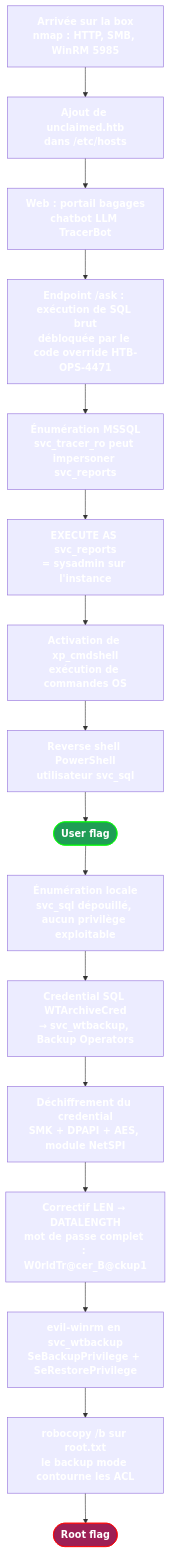
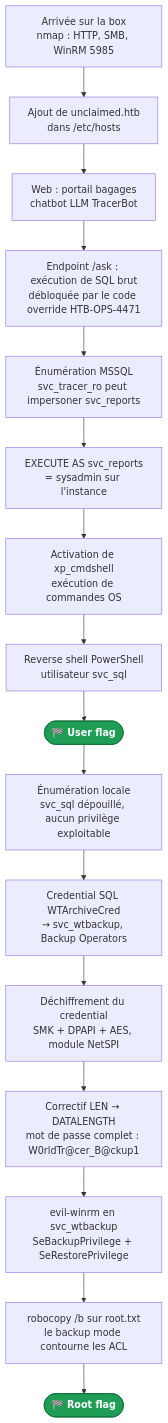
The diagram in Write Ups HTB/Unclaimed/Unclaimed.md (ecenxamm/TGE), drawn with Mermaid before and after one commit. The commit also changed other lines of this file, not shown here.

Commit message:
Unclaimed Root Flag correctif 3

````diff
--- a/Write Ups HTB/Unclaimed/Unclaimed.md
+++ b/Write Ups HTB/Unclaimed/Unclaimed.md
@@ -275,24 +259,22 @@
 ```mermaid
 flowchart TD
     A["Arrivée sur la box<br/>nmap : HTTP, SMB, WinRM 5985"] --> B["Ajout de unclaimed.htb<br/>dans /etc/hosts"]
     B --> C["Web : portail bagages<br/>chatbot LLM TracerBot"]
     C --> D["Endpoint /ask : exécution de SQL brut<br/>débloquée par le code override HTB-OPS-4471"]
     D --> E["Énumération MSSQL<br/>svc_tracer_ro peut impersoner svc_reports"]
     E --> F["EXECUTE AS svc_reports<br/>= sysadmin sur l'instance"]
     F --> G["Activation de xp_cmdshell<br/>exécution de commandes OS"]
     G --> H["Reverse shell PowerShell<br/>utilisateur svc_sql"]
-    H --> U(["User flag"])
+    H --> U(["🏁 User flag"])
 
     U --> I["Énumération locale<br/>svc_sql dépouillé, aucun privilège exploitable"]
     I --> J["Credential SQL WTArchiveCred<br/>→ svc_wtbackup, Backup Operators"]
     J --> K["Déchiffrement du credential<br/>SMK + DPAPI + AES, module NetSPI"]
     K --> L["Correctif LEN → DATALENGTH<br/>mot de passe complet : W0rldTr@cer_B@ckup1"]
     L --> M["evil-winrm en svc_wtbackup<br/>SeBackupPrivilege + SeRestorePrivilege"]
     M --> N["robocopy /b sur root.txt<br/>le backup mode contourne les ACL"]
-    N --> R(["Root flag"])
+    N --> R(["🏁 Root flag"])
 
-    classDef user fill:#1f9d55,stroke:#00ff00,color:#ffffff,font-weight:bold;
-    class U user;
-    classDef root fill:#9d1f55,stroke:#ff0000,color:#ffffff,font-weight:bold;
-    class R root;
+    classDef flag fill:#1f9d55,stroke:#0b6b34,color:#ffffff,font-weight:bold;
+    class U,R flag;
 ```
````
